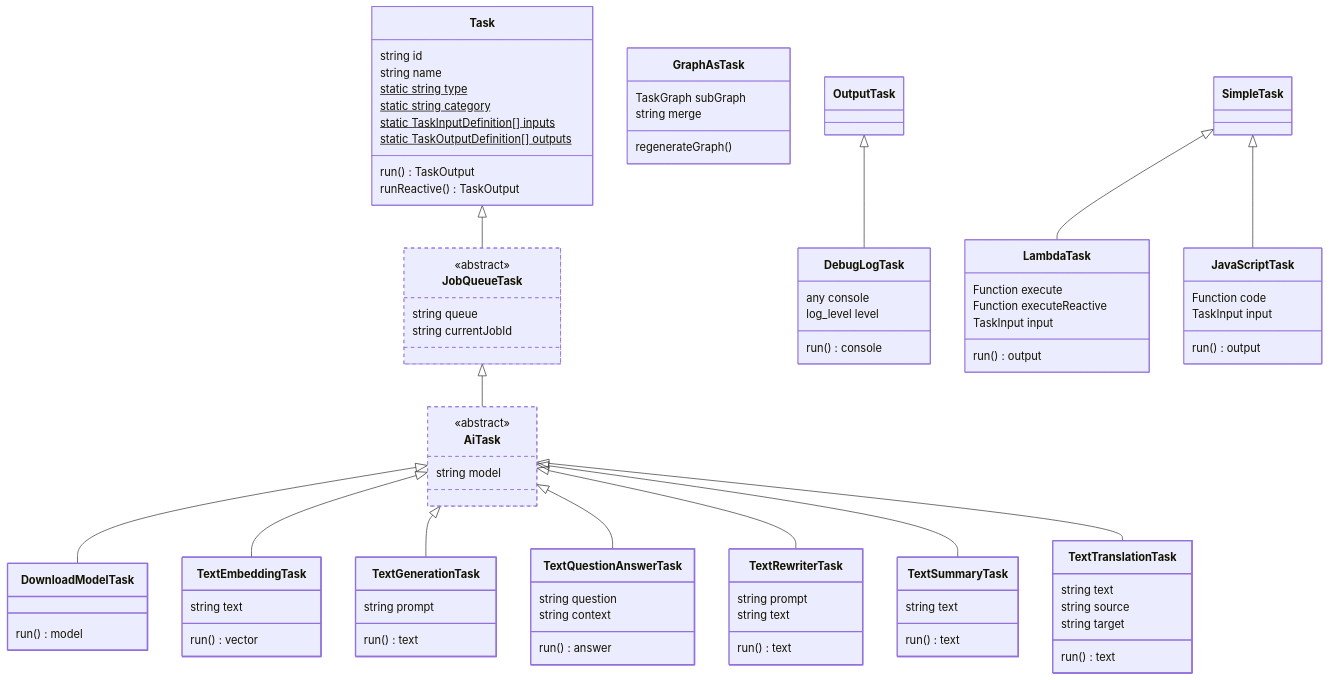
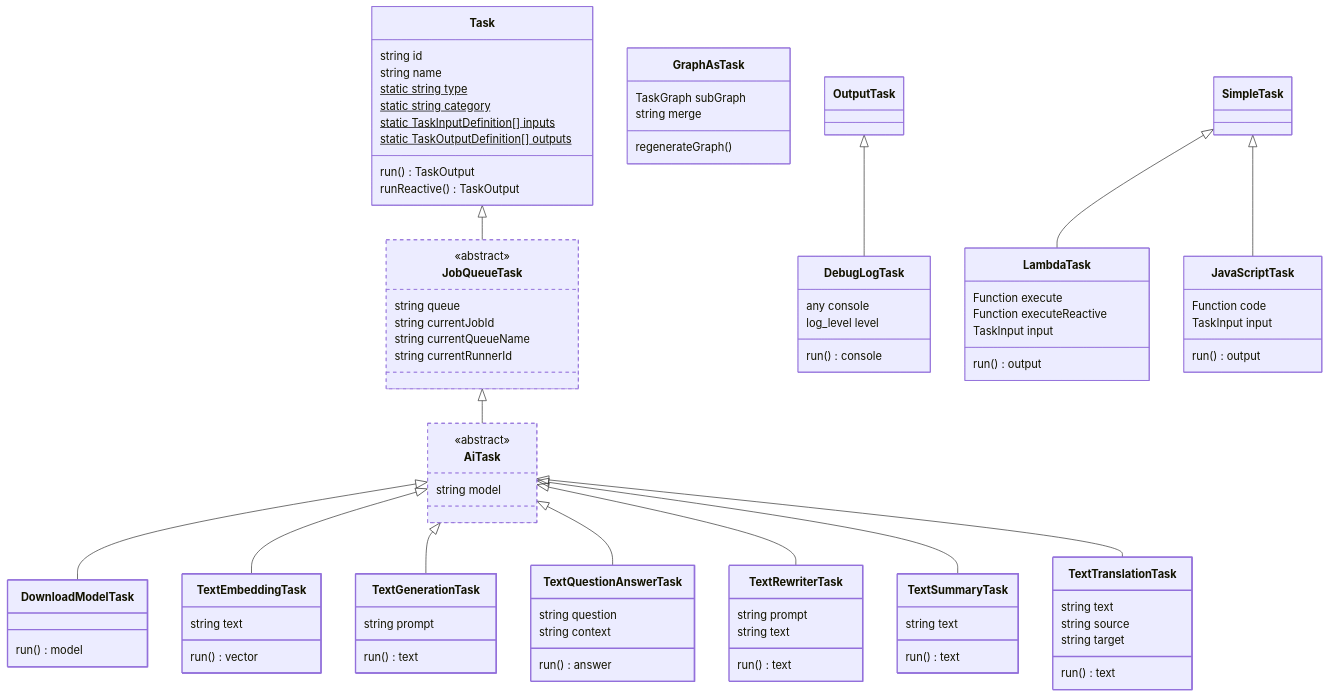
Before and after one commit to PodleyAI/podley: the second of 5 diagrams in docs/developers/02_architecture.md, drawn with Mermaid. The commit also changed 45 other files, not shown here.

```diff
--- a/docs/developers/02_architecture.md
+++ b/docs/developers/02_architecture.md
@@ -128,6 +128,8 @@
     class JobQueueTask{
       string queue
       string currentJobId
+      string currentQueueName
+      string currentRunnerId
     }
     <<abstract>> JobQueueTask
     Task <|-- JobQueueTask
```
